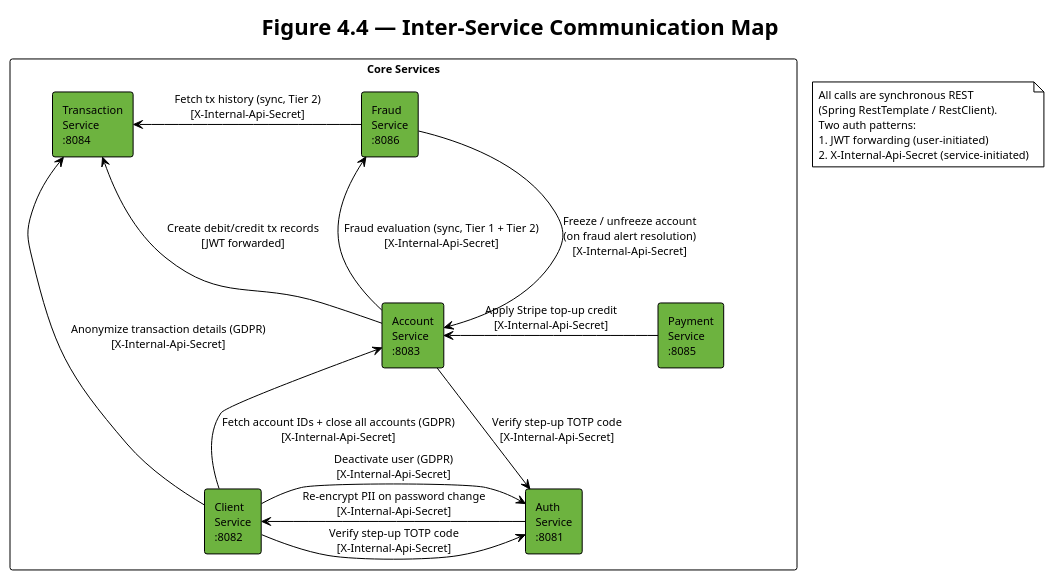
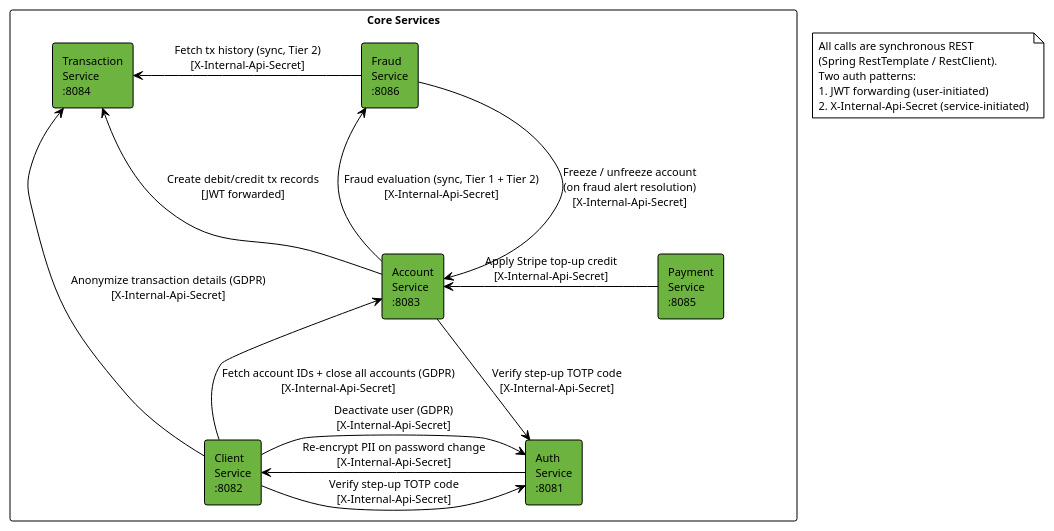
One commit to TurcanuTeodor/Online-Internet-Banking changed the diagram in docs/architecture/chapter4/inter-service-communication.puml. Above: the diagram before and after it, drawn with PlantUML. The commit also changed 6 other files, not shown here.

```diff
--- a/docs/architecture/chapter4/inter-service-communication.puml
+++ b/docs/architecture/chapter4/inter-service-communication.puml
@@ -1,63 +1,62 @@
 @startuml InterService_Communication
 !theme plain
 skinparam backgroundColor white
 skinparam defaultFontName "Segoe UI"
 skinparam defaultFontSize 11
 skinparam shadowing false
 skinparam nodesep 80
 skinparam ranksep 90
 skinparam packageStyle rectangle
 
-title Figure 4.4 — Inter-Service Communication Map
-
+ 
 note as N1
   All calls are synchronous REST
   (Spring RestTemplate / RestClient).
   Two auth patterns:
   1. JWT forwarding (user-initiated)
   2. X-Internal-Api-Secret (service-initiated)
 end note
 
 package "Core Services" {
   rectangle "Transaction\nService\n:8084" as TX #6DB33F
   rectangle "Fraud\nService\n:8086" as FRAUD #6DB33F
   rectangle "Account\nService\n:8083" as ACCOUNT #6DB33F
   rectangle "Payment\nService\n:8085" as PAY #6DB33F
   rectangle "Client\nService\n:8082" as CLIENT #6DB33F
   rectangle "Auth\nService\n:8081" as AUTH #6DB33F
 }
 
 ' === Grid layout (3 rows x 2 cols) ===
 TX -[hidden]right-> FRAUD
 ACCOUNT -[hidden]right-> PAY
 CLIENT -[hidden]right-> AUTH
 
 TX -[hidden]down-> ACCOUNT
 ACCOUNT -[hidden]down-> CLIENT
 FRAUD -[hidden]down-> PAY
 PAY -[hidden]down-> AUTH
 
 ' === Core banking flows ===
 ACCOUNT -up-> TX : Create debit/credit tx records\n[JWT forwarded]
 ACCOUNT -up-> FRAUD : Fraud evaluation (sync, Tier 1 + Tier 2)\n[X-Internal-Api-Secret]
 
 ' === Fraud pipeline: Tier 2 sync context fetch ===
 FRAUD -left-> TX : Fetch tx history (sync, Tier 2)\n[X-Internal-Api-Secret]
 
 ' === Fraud alert resolution: freeze/unfreeze accounts ===
 FRAUD -down-> ACCOUNT : Freeze / unfreeze account\n(on fraud alert resolution)\n[X-Internal-Api-Secret]
 
 ' === Payment settlement ===
 PAY -left-> ACCOUNT : Apply Stripe top-up credit\n[X-Internal-Api-Secret]
 
 ' === Encryption lifecycle & step-up MFA ===
 AUTH -left-> CLIENT : Re-encrypt PII on password change\n[X-Internal-Api-Secret]
 ACCOUNT -down-> AUTH : Verify step-up TOTP code\n[X-Internal-Api-Secret]
 CLIENT -right-> AUTH : Verify step-up TOTP code\n[X-Internal-Api-Secret]
 
 ' === GDPR erasure cascade (all from client-service) ===
 CLIENT -right-> AUTH : Deactivate user (GDPR)\n[X-Internal-Api-Secret]
 CLIENT -up-> ACCOUNT : Fetch account IDs + close all accounts (GDPR)\n[X-Internal-Api-Secret]
 CLIENT -up-> TX : Anonymize transaction details (GDPR)\n[X-Internal-Api-Secret]
 
 @enduml
```
